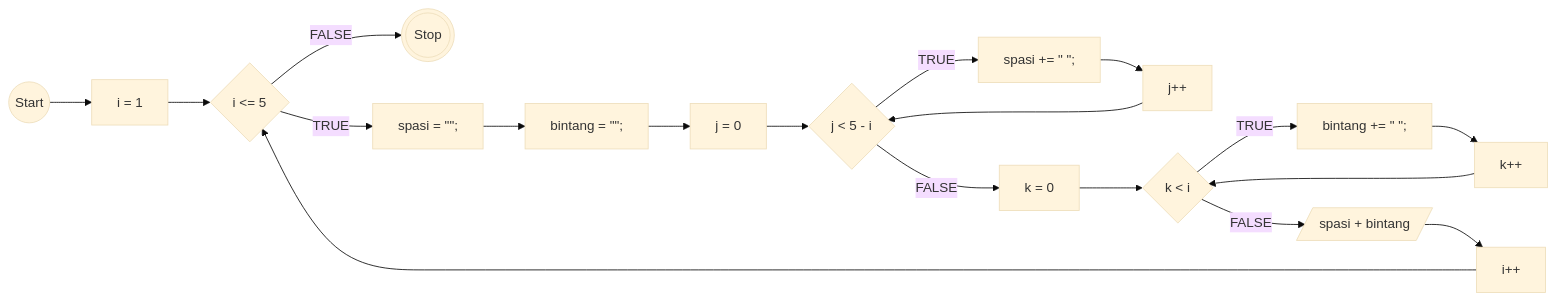
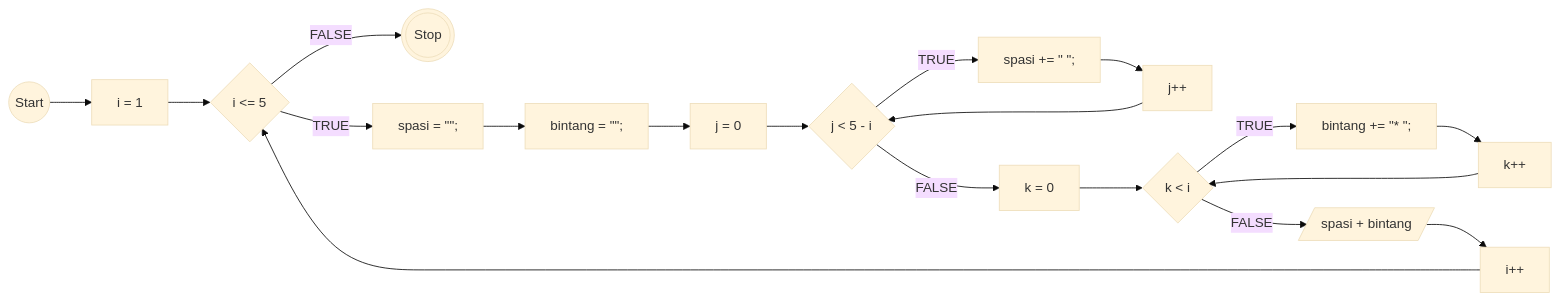
Before and after one commit to ktsrqsdev/koda-b10-javascript3: the third of 4 diagrams in README.md, drawn with Mermaid (base theme).

````diff
--- a/README.md
+++ b/README.md
@@ -79,43 +79,43 @@
 ``` mermaid
     flowchart LR
     
     start((Start))
     stop(((Stop)))
 
     I[i = 1]
     J[j = 0]
     K[k = 0]
     spasi[spasi = #quot;#quot;;]
     bintang[bintang = #quot;#quot;;]
     addSpasi[spasi += #quot; #quot;;]
-    addBintang[bintang += #quot; #quot;;]
+    addBintang[bintang += #quot;* #quot;;]
     output[/spasi + bintang/]
 
     iteI[i++]
     iteJ[j++]
     iteK[k++]
 
     konI{i <= 5}   
     konJ{j < 5 - i}   
     konK{k < i}
 
     start --> I
     I --> konI   
     konI --TRUE--> spasi
     spasi --> bintang
     bintang --> J
     J --> konJ
     konJ --TRUE--> addSpasi
     addSpasi --> iteJ
     iteJ --> konJ
     konJ --FALSE--> K
     K --> konK
     konK --TRUE--> addBintang
     addBintang --> iteK
     iteK --> konK
     konK --FALSE--> output
     output --> iteI
     iteI --> konI
     konI --FALSE--> stop
 
 ```
````
